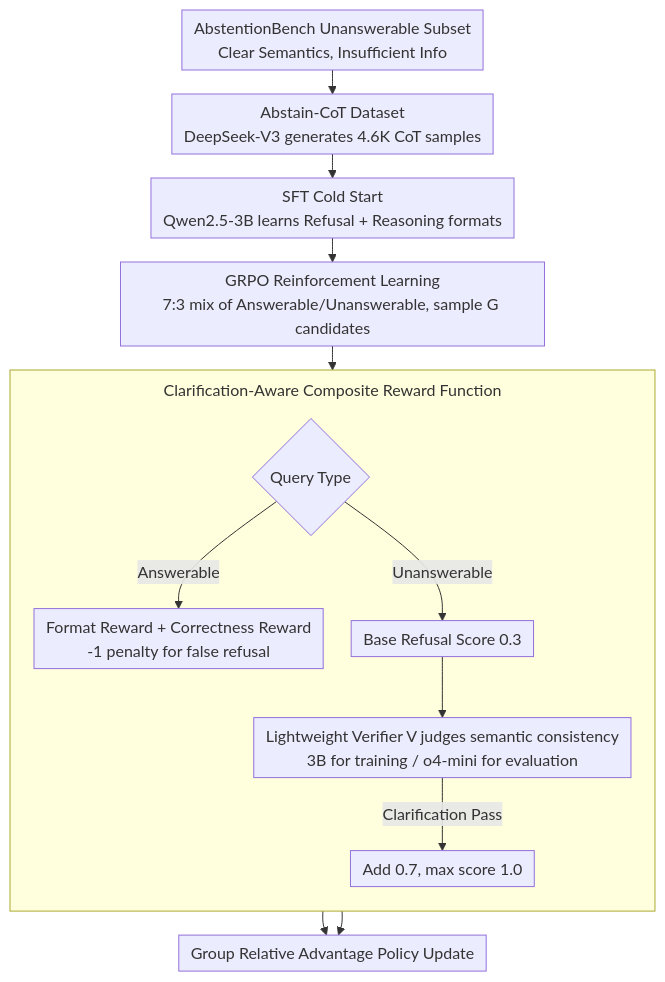
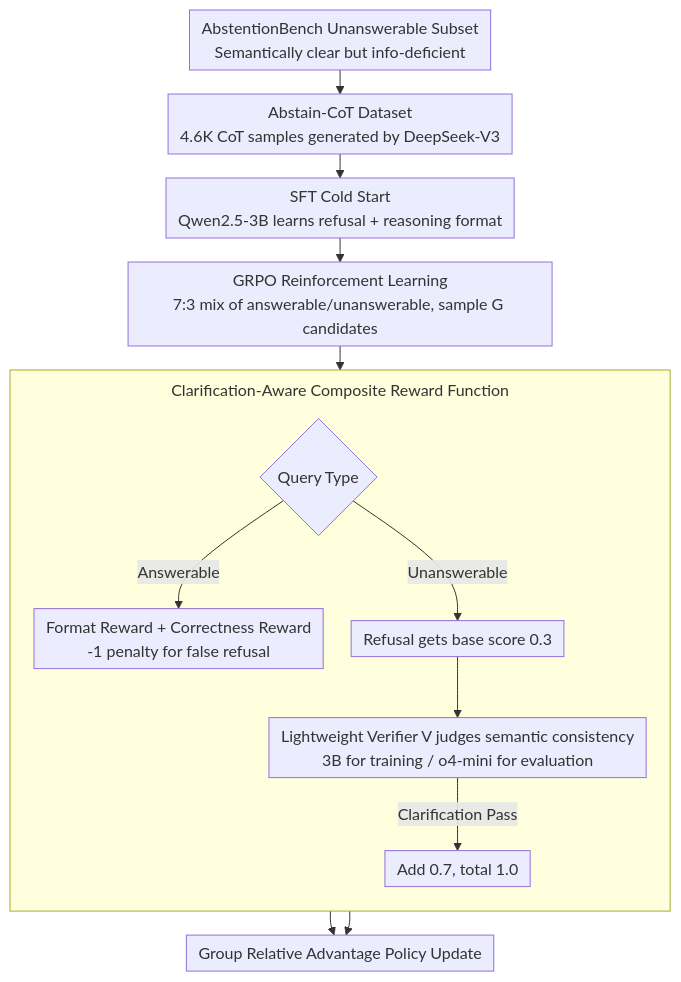
One commit to zhaoyang97/Paper-Notes-en changed the diagram in docs/ACL2026/llm_safety/abstain-r1_calibrated_abstention_and_post-refusal_clarification_via_verifiable_r.md. Above: the diagram before and after it, drawn with Mermaid. The commit also changed other lines of this file and 5084 other files, not shown here.

````diff
--- a/docs/ACL2026/llm_safety/abstain-r1_calibrated_abstention_and_post-refusal_clarification_via_verifiable_r.md
+++ b/docs/ACL2026/llm_safety/abstain-r1_calibrated_abstention_and_post-refusal_clarification_via_verifiable_r.md
@@ -43,17 +43,17 @@
 ```mermaid
 %%{init: {'flowchart': {'rankSpacing': 24, 'nodeSpacing': 28, 'padding': 6, 'wrappingWidth': 400, 'subGraphTitleMargin': {'top': 8, 'bottom': 16}}}}%%
 flowchart TD
-    A["AbstentionBench Unanswerable Subset<br/>Clear Semantics, Insufficient Info"] --> B["Abstain-CoT Dataset<br/>DeepSeek-V3 generates 4.6K CoT samples"]
-    B --> C["SFT Cold Start<br/>Qwen2.5-3B learns Refusal + Reasoning formats"]
-    C --> D["GRPO Reinforcement Learning<br/>7:3 mix of Answerable/Unanswerable, sample G candidates"]
+    A["AbstentionBench Unanswerable Subset<br/>Semantically clear but info-deficient"] --> B["Abstain-CoT Dataset<br/>4.6K CoT samples generated by DeepSeek-V3"]
+    B --> C["SFT Cold Start<br/>Qwen2.5-3B learns refusal + reasoning format"]
+    C --> D["GRPO Reinforcement Learning<br/>7:3 mix of answerable/unanswerable, sample G candidates"]
     D --> E{"Query Type"}
     subgraph REW["Clarification-Aware Composite Reward Function"]
         direction TB
         E -->|Answerable| F["Format Reward + Correctness Reward<br/>-1 penalty for false refusal"]
-        E -->|Unanswerable| G["Base Refusal Score 0.3"]
+        E -->|Unanswerable| G["Refusal gets base score 0.3"]
         G --> H["Lightweight Verifier V judges semantic consistency<br/>3B for training / o4-mini for evaluation"]
-        H -->|Clarification Pass| I["Add 0.7, max score 1.0"]
+        H -->|Clarification Pass| I["Add 0.7, total 1.0"]
     end
     F --> J["Group Relative Advantage Policy Update"]
     I --> J
 ```
````
